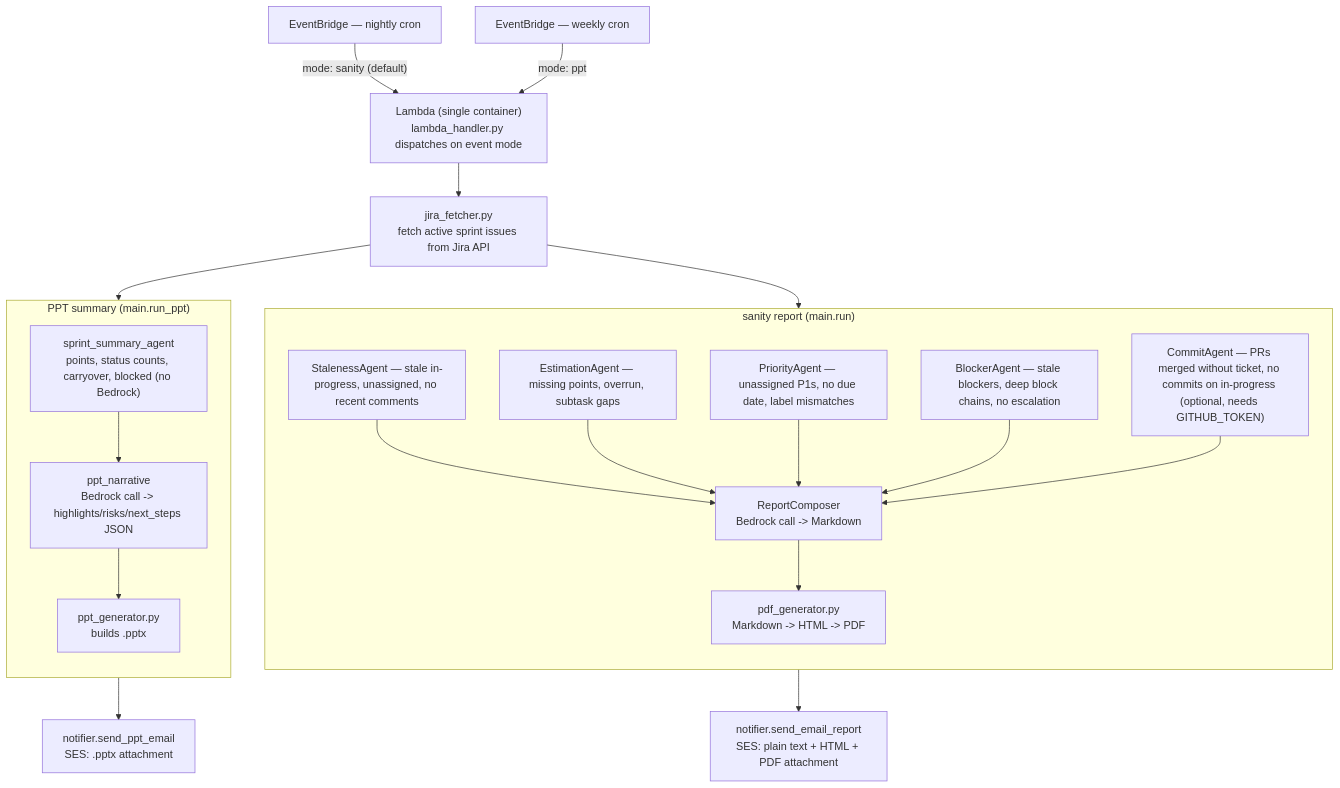
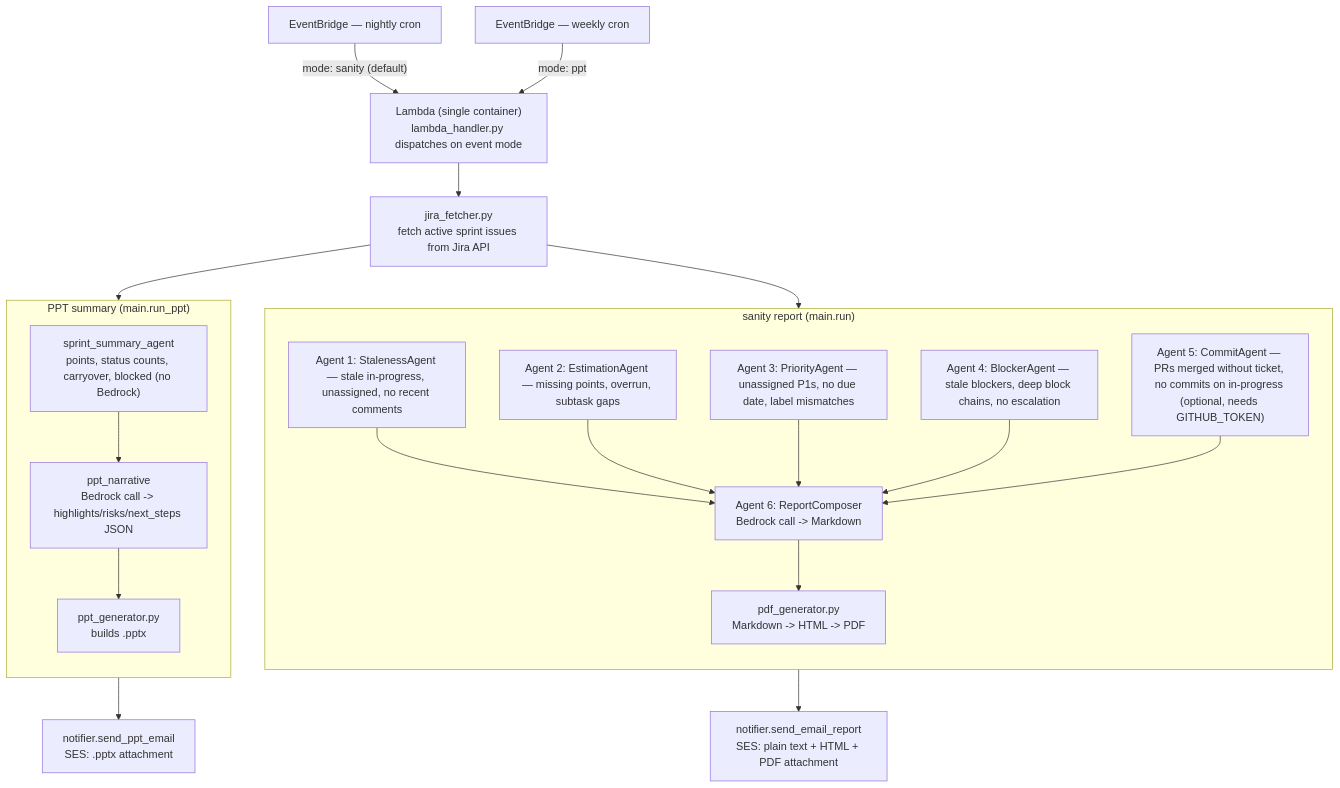
Before and after one commit to IlaakshMishra/JIRA-Sanity-Checker: the second of 2 diagrams in README.md, drawn with Mermaid. The commit also changed other lines of this file and 31 other files, not shown here.

````diff
--- a/README.md
+++ b/README.md
@@ -11,31 +42,31 @@
 ```mermaid
 flowchart TD
     EB1["EventBridge — nightly cron"] -->|"mode: sanity (default)"| L
     EB2["EventBridge — weekly cron"] -->|"mode: ppt"| L
     L["Lambda (single container)\nlambda_handler.py dispatches on event mode"]
 
     L --> F["jira_fetcher.py\nfetch active sprint issues from Jira API"]
 
     F --> SANITY & PPT
 
     subgraph SANITY["sanity report (main.run)"]
         direction TB
-        A1["StalenessAgent — stale in-progress, unassigned, no recent comments"]
-        A2["EstimationAgent — missing points, overrun, subtask gaps"]
-        A3["PriorityAgent — unassigned P1s, no due date, label mismatches"]
-        A4["BlockerAgent — stale blockers, deep block chains, no escalation"]
-        A5["CommitAgent — PRs merged without ticket, no commits on in-progress (optional, needs GITHUB_TOKEN)"]
-        A1 & A2 & A3 & A4 & A5 --> RC["ReportComposer\nBedrock call -> Markdown"]
+        A1["Agent 1: StalenessAgent — stale in-progress, unassigned, no recent comments"]
+        A2["Agent 2: EstimationAgent — missing points, overrun, subtask gaps"]
+        A3["Agent 3: PriorityAgent — unassigned P1s, no due date, label mismatches"]
+        A4["Agent 4: BlockerAgent — stale blockers, deep block chains, no escalation"]
+        A5["Agent 5: CommitAgent — PRs merged without ticket, no commits on in-progress (optional, needs GITHUB_TOKEN)"]
+        A1 & A2 & A3 & A4 & A5 --> RC["Agent 6: ReportComposer\nBedrock call -> Markdown"]
         RC --> PDF["pdf_generator.py\nMarkdown -> HTML -> PDF"]
     end
 
     subgraph PPT["PPT summary (main.run_ppt)"]
         direction TB
         S1["sprint_summary_agent\npoints, status counts, carryover, blocked (no Bedrock)"]
         S1 --> S2["ppt_narrative\nBedrock call -> highlights/risks/next_steps JSON"]
         S2 --> S3["ppt_generator.py\nbuilds .pptx"]
     end
 
     PDF --> N1["notifier.send_email_report\nSES: plain text + HTML + PDF attachment"]
     S3 --> N2["notifier.send_ppt_email\nSES: .pptx attachment"]
 ```
````
